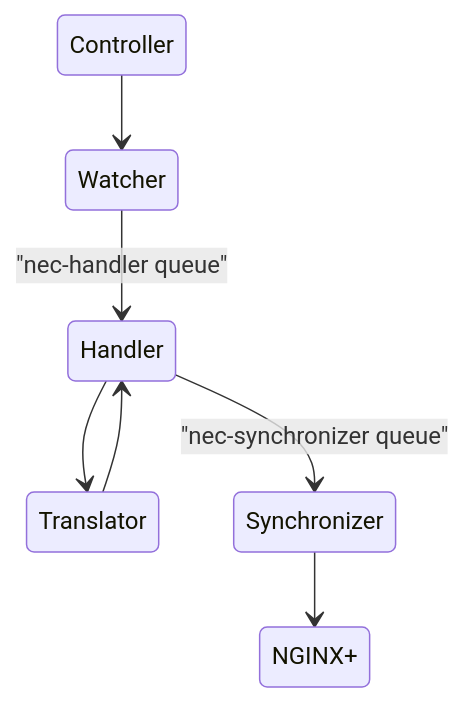
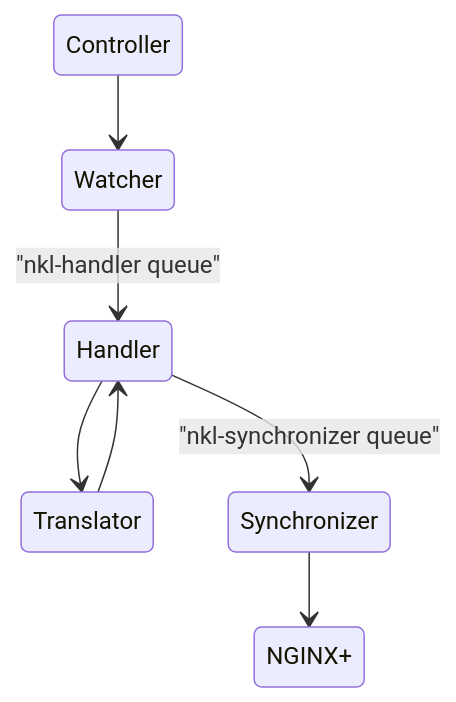
The diagram in DESIGN.md (nginxinc/nginx-loadbalancer-kubernetes), drawn with Mermaid before and after one commit. The commit also changed other lines of this file and 3 other files, not shown here.

Commit message:
Rename nec- to nkl-

````diff
--- a/DESIGN.md
+++ b/DESIGN.md
@@ -12,9 +12,9 @@
 ```mermaid
 stateDiagram-v2
     Controller --> Watcher 
-    Watcher --> Handler : "nec-handler queue"
+    Watcher --> Handler : "nkl-handler queue"
     Handler --> Translator
     Translator --> Handler
-    Handler --> Synchronizer : "nec-synchronizer queue"
+    Handler --> Synchronizer : "nkl-synchronizer queue"
     Synchronizer --> NGINX+
 ```
````
